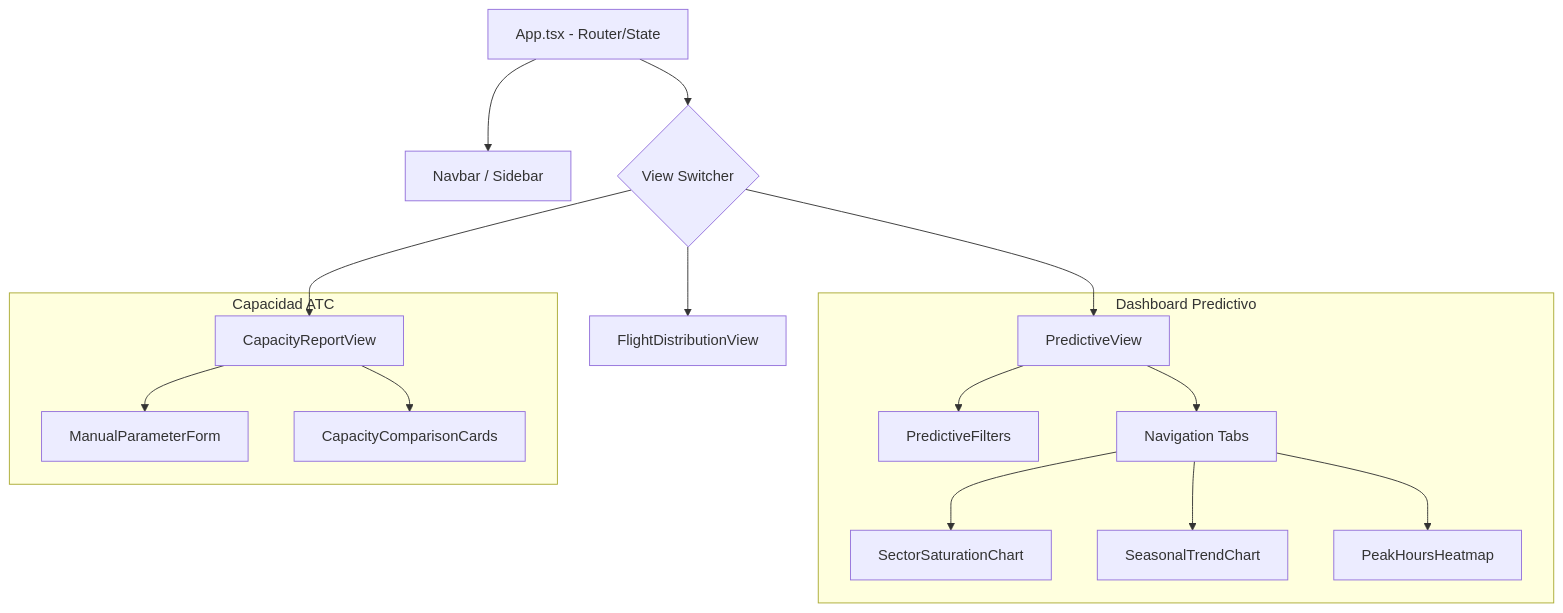
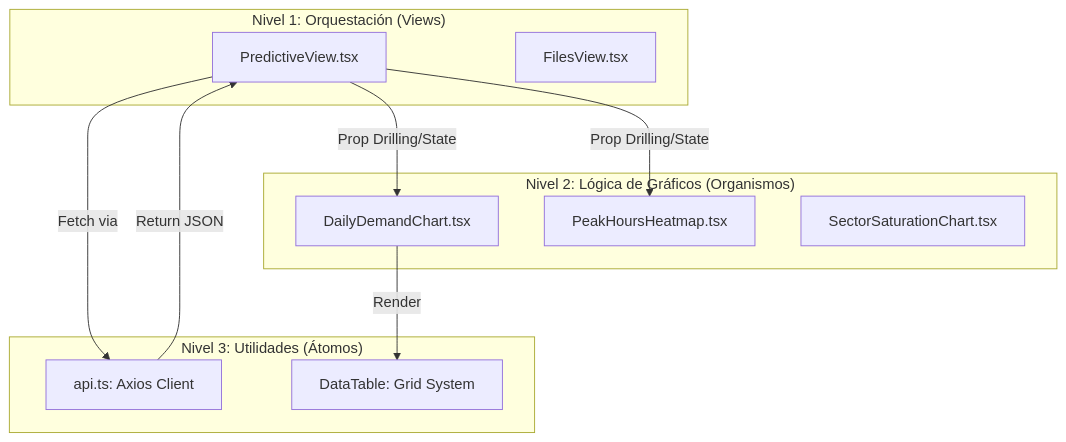
One commit to ivmafo/tsis_umb_data_science changed the diagram in docs/frontend.md. Above: the diagram before and after it, drawn with Mermaid. The commit also changed other lines of this file, not shown here.

Commit message:
docs: expand frontend.md to extreme detail with React architecture and component mapping

````diff
--- a/docs/frontend.md
+++ b/docs/frontend.md
@@ -9,22 +25,24 @@
 ```mermaid
 graph TD
-    App[App.tsx - Router/State] --> Nav[Navbar / Sidebar]
-    App --> Switch{View Switcher}
-    
-    Switch --> Pred[PredictiveView]
-    Switch --> Distrib[FlightDistributionView]
-    Switch --> Cap[CapacityReportView]
-    
-    subgraph "Dashboard Predictivo"
-        Pred --> Filters[PredictiveFilters]
-        Pred --> Tabs[Navigation Tabs]
-        Tabs --> SatChart[SectorSaturationChart]
-        Tabs --> Seasonal[SeasonalTrendChart]
-        Tabs --> PeakHeat[PeakHoursHeatmap]
+    subgraph "Nivel 1: Orquestación (Views)"
+        V_PRED[PredictiveView.tsx]
+        V_FILES[FilesView.tsx]
     end
-    
-    subgraph "Capacidad ATC"
-        Cap --> ManualParams[ManualParameterForm]
-        Cap --> CapResults[CapacityComparisonCards]
+
+    subgraph "Nivel 2: Lógica de Gráficos (Organismos)"
+        C_DEMAND[DailyDemandChart.tsx]
+        C_HEAT[PeakHoursHeatmap.tsx]
+        C_SAT[SectorSaturationChart.tsx]
     end
+
+    subgraph "Nivel 3: Utilidades (Átomos)"
+        API[api.ts: Axios Client]
+        DS[DataTable: Grid System]
+    end
+
+    V_PRED -- Fetch via --> API
+    API -- Return JSON --> V_PRED
+    V_PRED -- Prop Drilling/State --> C_DEMAND
+    V_PRED -- Prop Drilling/State --> C_HEAT
+    C_DEMAND -- Render --> DS
 ```
````
